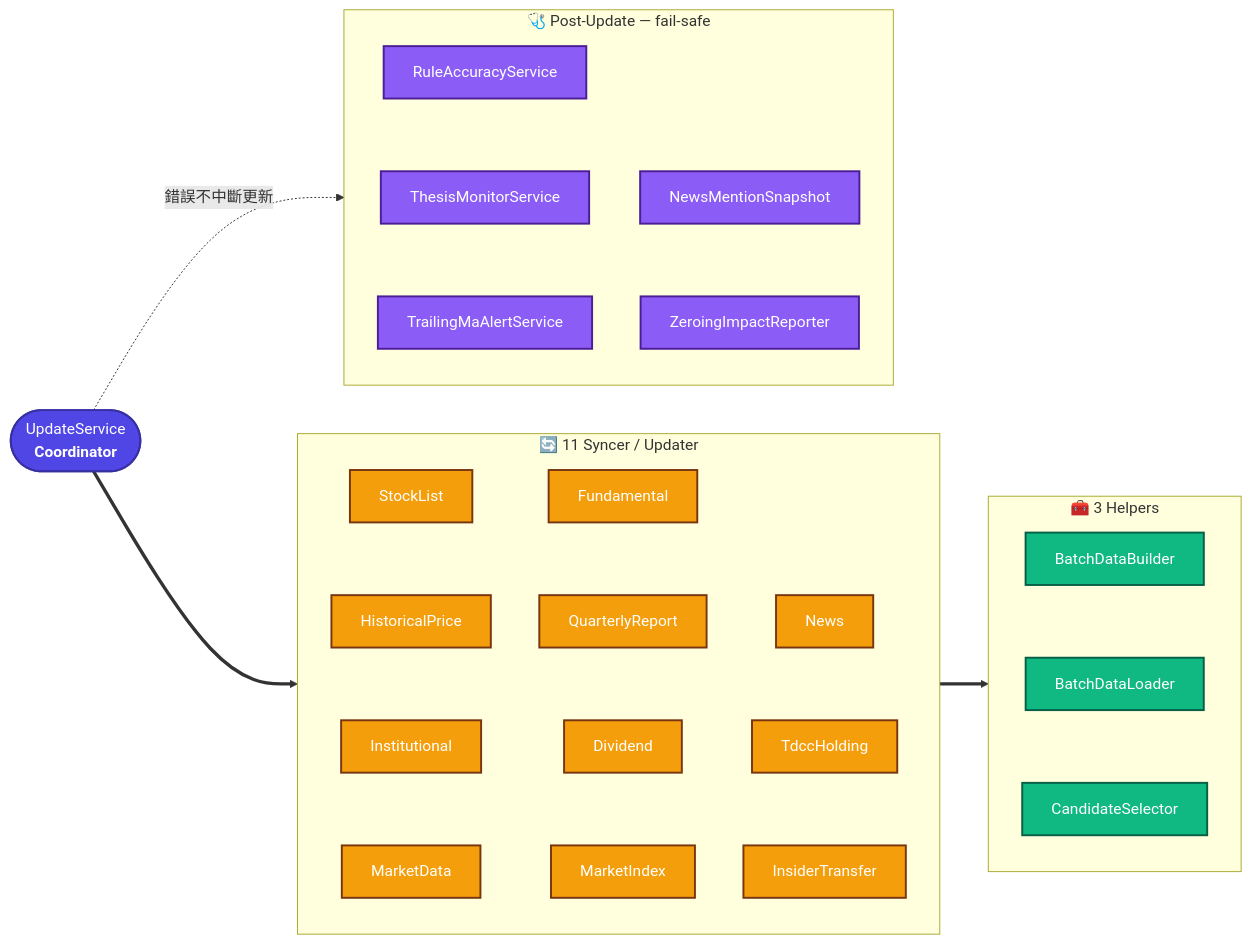
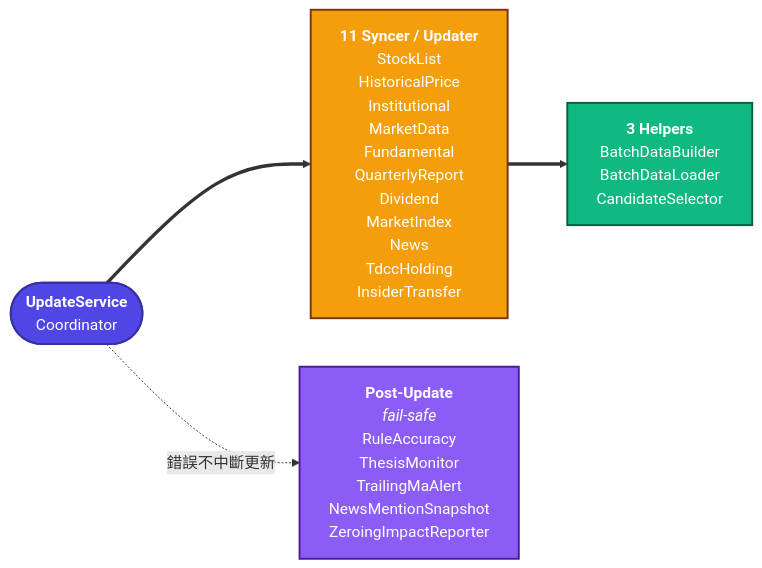
One commit to Neal75418/daredevil changed the diagram in .claude/rules/update-pipeline.md. Above: the diagram before and after it, drawn with Mermaid. The commit also changed 1 other file, not shown here.

Commit message:
docs: 修正 rules 圖表的 emoji 破圖與版面
先前只量 SVG 尺寸就宣稱驗證過，量不到字形是否真的畫得出來。實際在 IDE
渲染後發現四個圖示破圖：🩺(U+1FA7A, Unicode 13.0)、🧰/🧱(U+1F9F0/1F9F1,
Unicode 11.0)、📱。補充平面的新 emoji 字型覆蓋率不可靠，全部移除——classDef
配色已足以區分語意，emoji 只是跨環境的渲染負債。

版面：
- subgraph + ~~~ 隱形連線會保留走線空間，rankSpacing 調不掉，造成大片空洞。
  改為每組收成單一節點、成員以 <br/> 逐行列出
- 每行僅一個名稱，任何字型下都不會被 word-wrap 重排（實測 2 項/行在
  mermaid-cli 下就會斷行）
- 不使用 YAML config frontmatter（mermaid 10.5+ 才支援，無法驗證 IDE 版本）
- 架構圖與資料流圖改 TB：LR 下比例 6.08 / 2.78 過扁，TB 為 0.71 / 1.06
- 架構圖移除目錄清單改列文字表，圖只保留依賴邊；七條邊全部標上實測檔案數
  （新增 core→data 67、core→domain 70）

三張圖均渲染成 PNG 逐一目視確認，非僅檢查語法或尺寸。

````diff
--- a/.claude/rules/update-pipeline.md
+++ b/.claude/rules/update-pipeline.md
@@ -13,35 +13,20 @@
 ```mermaid
 flowchart LR
-    US(["UpdateService<br/><b>Coordinator</b>"])
-
-    subgraph Sync["🔄 11 Syncer / Updater"]
-        direction TB
-        S1["StockList"] ~~~ S2["HistoricalPrice"] ~~~ S3["Institutional"] ~~~ S4["MarketData"]
-        S5["Fundamental"] ~~~ S6["QuarterlyReport"] ~~~ S7["Dividend"] ~~~ S8["MarketIndex"]
-        S9["News"] ~~~ S10["TdccHolding"] ~~~ S11["InsiderTransfer"]
-    end
-
-    subgraph Help["🧰 3 Helpers"]
-        direction TB
-        H1["BatchDataBuilder"] ~~~ H2["BatchDataLoader"] ~~~ H3["CandidateSelector"]
-    end
-
-    subgraph Post["🩺 Post-Update — fail-safe"]
-        direction TB
-        R1["RuleAccuracyService"] ~~~ R2["ThesisMonitorService"] ~~~ R3["TrailingMaAlertService"]
-        R4["NewsMentionSnapshot"] ~~~ R5["ZeroingImpactReporter"]
-    end
+    US(["<b>UpdateService</b><br/>Coordinator"])
+    Sync["<b>11 Syncer / Updater</b><br/>StockList<br/>HistoricalPrice<br/>Institutional<br/>MarketData<br/>Fundamental<br/>QuarterlyReport<br/>Dividend<br/>MarketIndex<br/>News<br/>TdccHolding<br/>InsiderTransfer"]
+    Help["<b>3 Helpers</b><br/>BatchDataBuilder<br/>BatchDataLoader<br/>CandidateSelector"]
+    Post["<b>Post-Update</b><br/><i>fail-safe</i><br/>RuleAccuracy<br/>ThesisMonitor<br/>TrailingMaAlert<br/>NewsMentionSnapshot<br/>ZeroingImpactReporter"]
 
     US ==> Sync ==> Help
     US -.->|錯誤不中斷更新| Post
 
     classDef coord fill:#4F46E5,stroke:#3730A3,stroke-width:2px,color:#FFFFFF
     classDef sync fill:#F59E0B,stroke:#78350F,stroke-width:2px,color:#FFFFFF
     classDef help fill:#10B981,stroke:#065F46,stroke-width:2px,color:#FFFFFF
     classDef post fill:#8B5CF6,stroke:#4C1D95,stroke-width:2px,color:#FFFFFF
 
     class US coord
-    class S1,S2,S3,S4,S5,S6,S7,S8,S9,S10,S11 sync
-    class H1,H2,H3 help
-    class R1,R2,R3,R4,R5 post
+    class Sync sync
+    class Help help
+    class Post post
 ```
````
